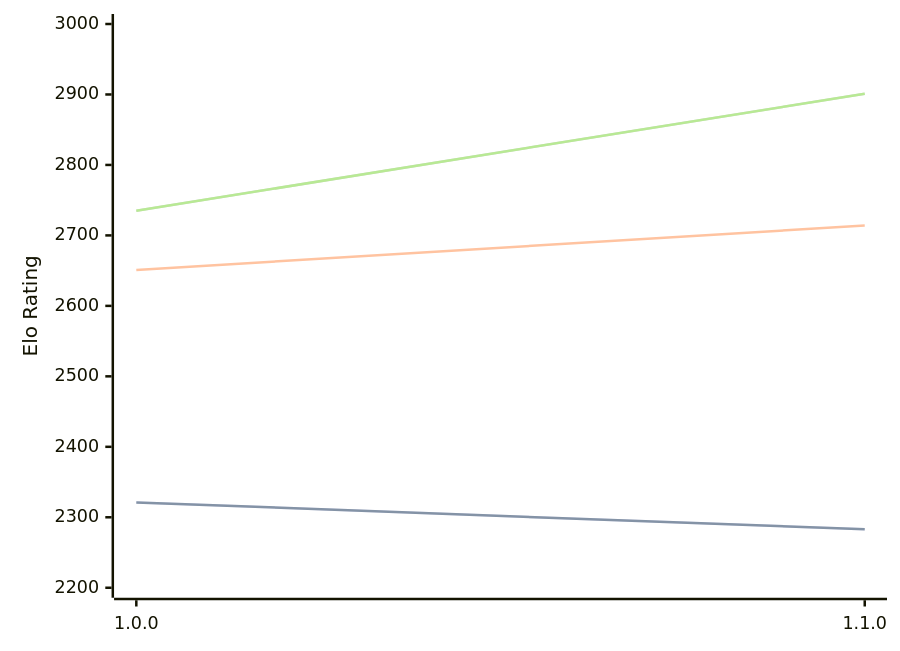
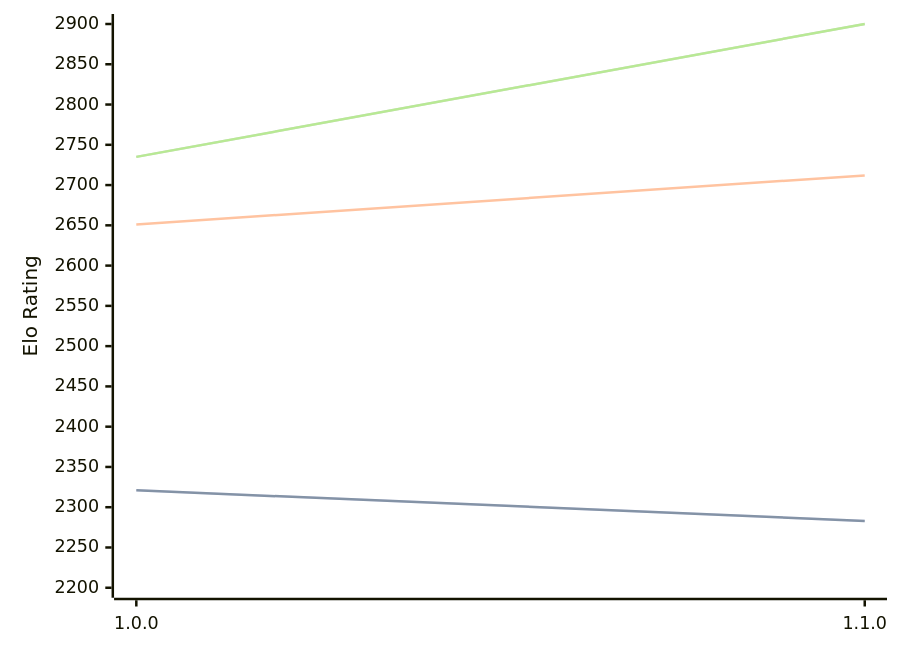
Before and after one commit to computer-chess-index/cci: the first of 3 diagrams in engines/ShallowGuess.md, drawn with Mermaid. The commit also changed other lines of this file, not shown here.

Commit message:
Update CCI Ratings (ELO VLTC) - 2026-07-15

````diff
--- a/engines/ShallowGuess.md
+++ b/engines/ShallowGuess.md
@@ -36,11 +36,11 @@
 ```mermaid
 %%{init: {"theme":"base","themeVariables":{"seriesColors:['#a3a3a3','#222221','#faa371']}}}%%
 xychart-beta
   x-axis ["1.0.0", "1.1.0"]
-  y-axis "Elo Rating" 2200 --> 3000
+  y-axis "Elo Rating" 2200 --> 2900
   line "STC (8.0+0.08s)" [2321, 2283]
   line "STC (8.0+0.08s)" [2321, 2283]
-  line "LTC (60.0+0.60s)" [2651, 2714]
-  line "VLTC (2m24s+1.12s)" [2735, 2901]
-  line "VLTC (2m24s+1.12s)" [2735, 2901]
+  line "LTC (60.0+0.60s)" [2651, 2712]
+  line "VLTC (2m24s+1.12s)" [2735, 2900]
+  line "VLTC (2m24s+1.12s)" [2735, 2900]
 ```
````
